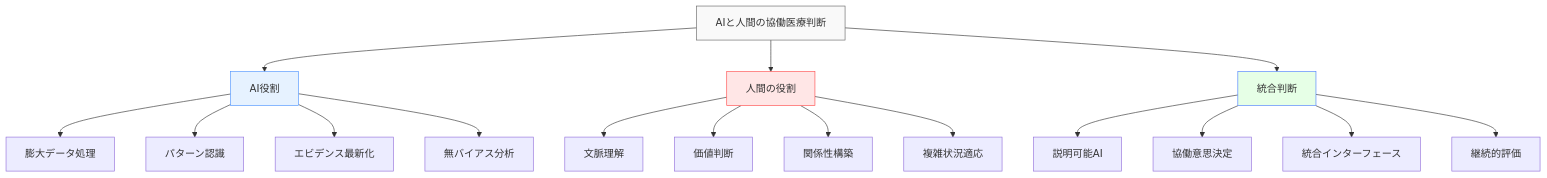
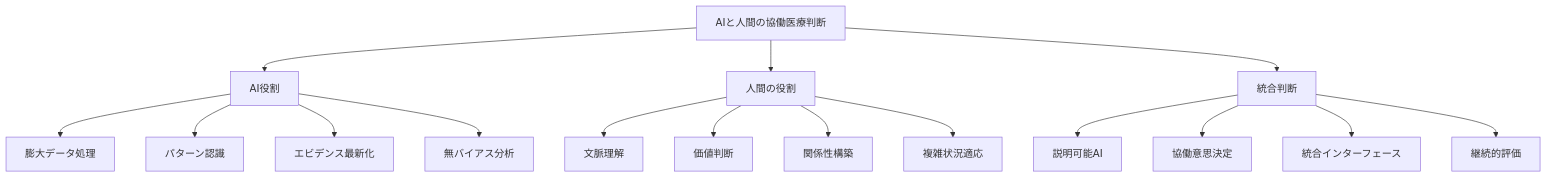
Before and after one commit to shuji-bonji/Situational-Awareness-and-Decision-Making: diagram 11 of 11 in docs/applications/medical-dm.md, drawn with Mermaid. The commit also changed other lines of this file and 49 other files, not shown here.

Commit message:
fix: ダークモードで見づらい図の色の変更

````diff
--- a/docs/applications/medical-dm.md
+++ b/docs/applications/medical-dm.md
@@ -594,26 +594,26 @@
 ```mermaid
 graph TD
     A[AIと人間の協働医療判断] --> B[AI役割]
     A --> C[人間の役割]
     A --> D[統合判断]
     
     B --> B1[膨大データ処理]
     B --> B2[パターン認識]
     B --> B3[エビデンス最新化]
     B --> B4[無バイアス分析]
     
     C --> C1[文脈理解]
     C --> C2[価値判断]
     C --> C3[関係性構築]
     C --> C4[複雑状況適応]
     
     D --> D1[説明可能AI]
     D --> D2[協働意思決定]
     D --> D3[統合インターフェース]
     D --> D4[継続的評価]
     
-    style A fill:#f9f9f9,stroke:#666
-    style B fill:#e6f2ff,stroke:#4d94ff
-    style C fill:#ffe6e6,stroke:#ff4d4d
-    style D fill:#e6ffe6,stroke:#4d7fff
+
+
+
+
 ```
````
